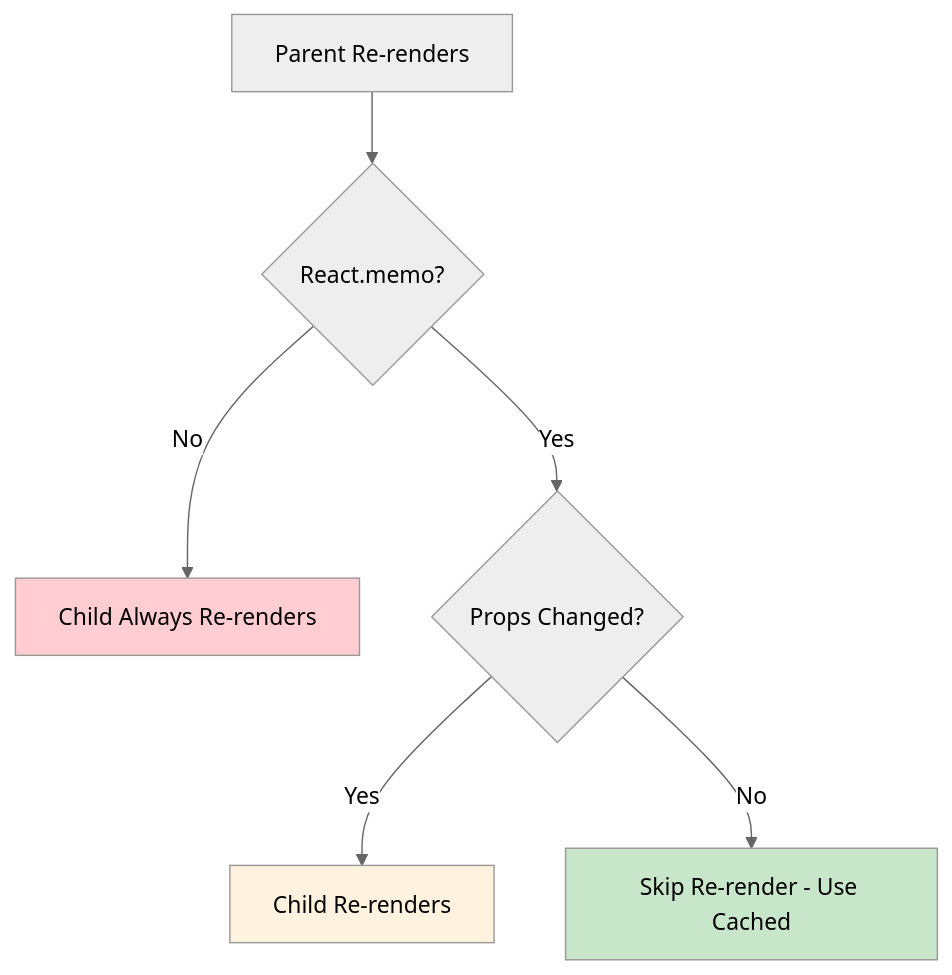
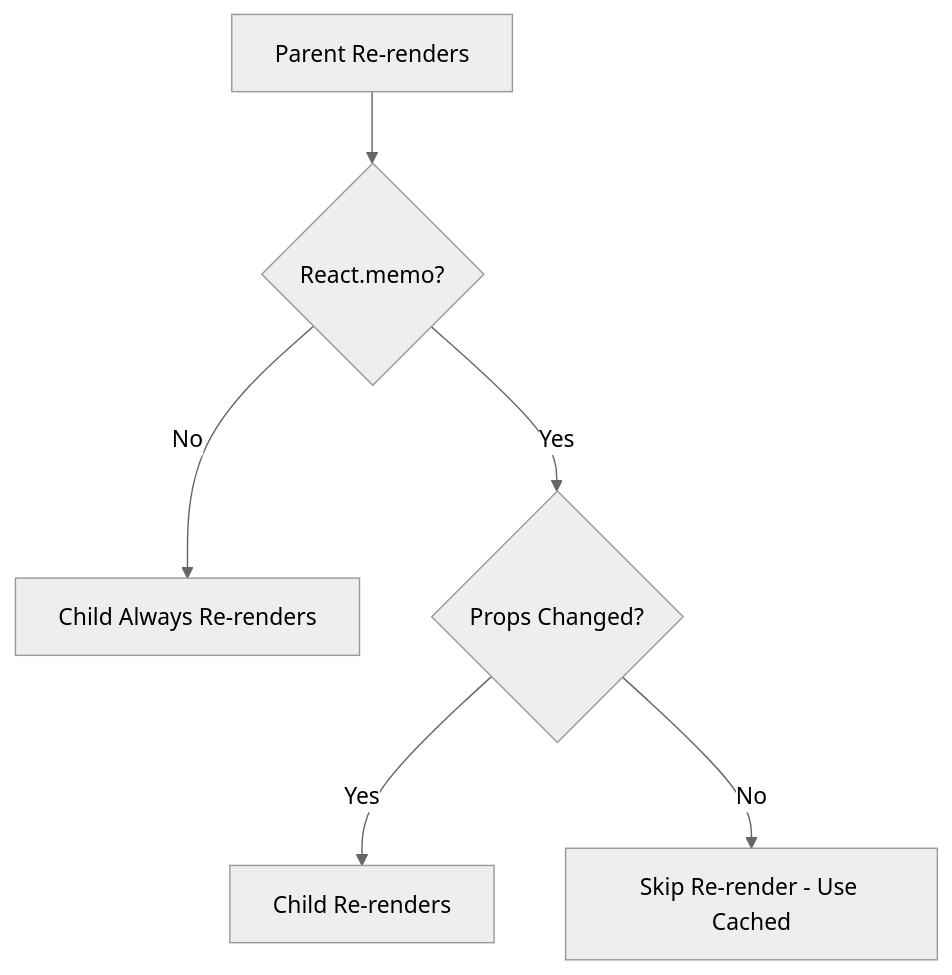
The first of 2 diagrams in public/api/articles/memoization.md (shapkarin/shapkarin.me), drawn with Mermaid (neutral theme) before and after one commit. The commit also changed other lines of this file and 67 other files, not shown here.

````diff
--- a/public/api/articles/memoization.md
+++ b/public/api/articles/memoization.md
@@ -31,12 +35,8 @@
 ```mermaid
 graph TD
     A[Parent Re-renders] --> B{React.memo?}
     B -->|No| C[Child Always Re-renders]
     B -->|Yes| D{Props Changed?}
     D -->|Yes| E[Child Re-renders]
     D -->|No| F[Skip Re-render - Use Cached]
-    
-    style C fill:#ffcdd2
-    style E fill:#fff3e0
-    style F fill:#c8e6c9
 ```
````
